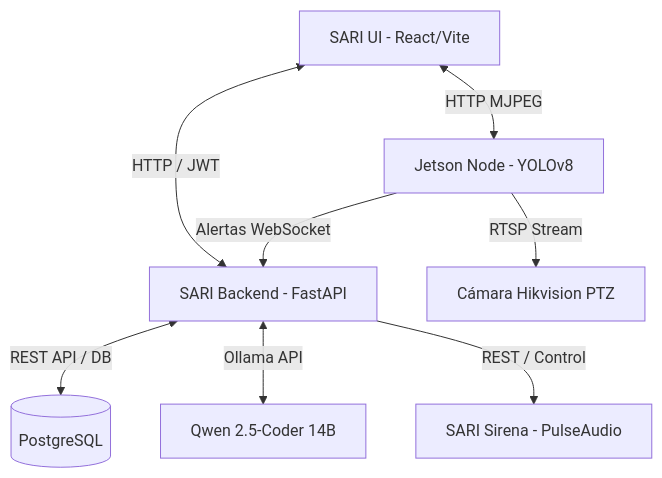
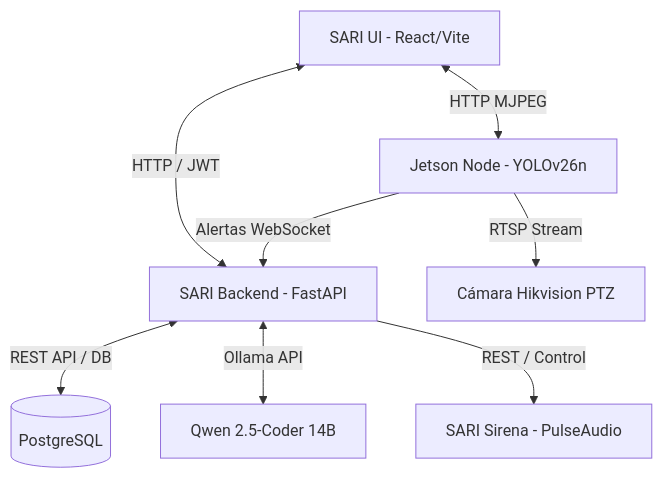
The diagram in SARI_architecture.md (suriel01/SARI_brain_agent_module), drawn with Mermaid before and after one commit. The commit also changed other lines of this file and 21 other files, not shown here.

````diff
--- a/SARI_architecture.md
+++ b/SARI_architecture.md
@@ -11,10 +11,10 @@
 ```mermaid
 graph TD
     UI[SARI UI - React/Vite] <-->|HTTP / JWT| BE[SARI Backend - FastAPI]
     BE <-->|REST API / DB| DB[(PostgreSQL)]
     BE <-->|Ollama API| LLM[Qwen 2.5-Coder 14B]
     BE -->|REST / Control| SIR[SARI Sirena - PulseAudio]
-    JET[Jetson Node - YOLOv8] -->|Alertas WebSocket| BE
+    JET[Jetson Node - YOLOv26n] -->|Alertas WebSocket| BE
     JET -->|RTSP Stream| CAM[Cámara Hikvision PTZ]
     UI <-->|HTTP MJPEG| JET
 ```
````
